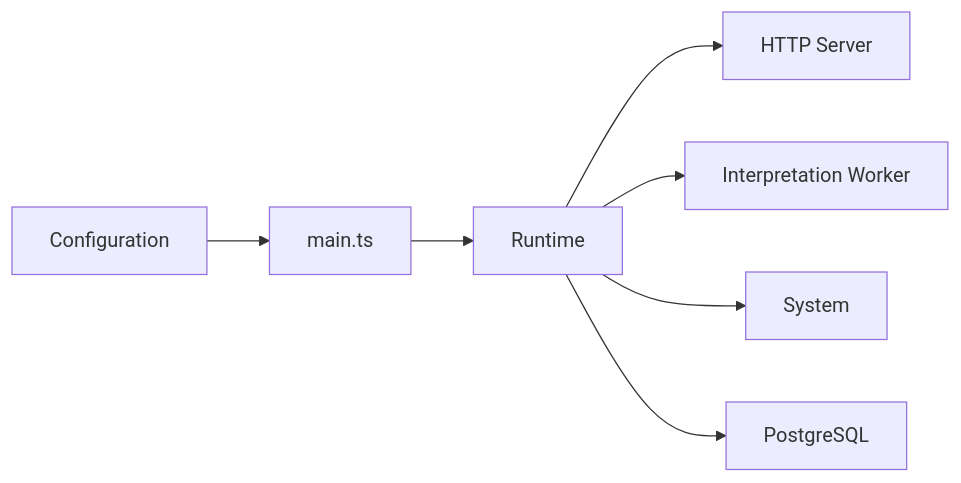
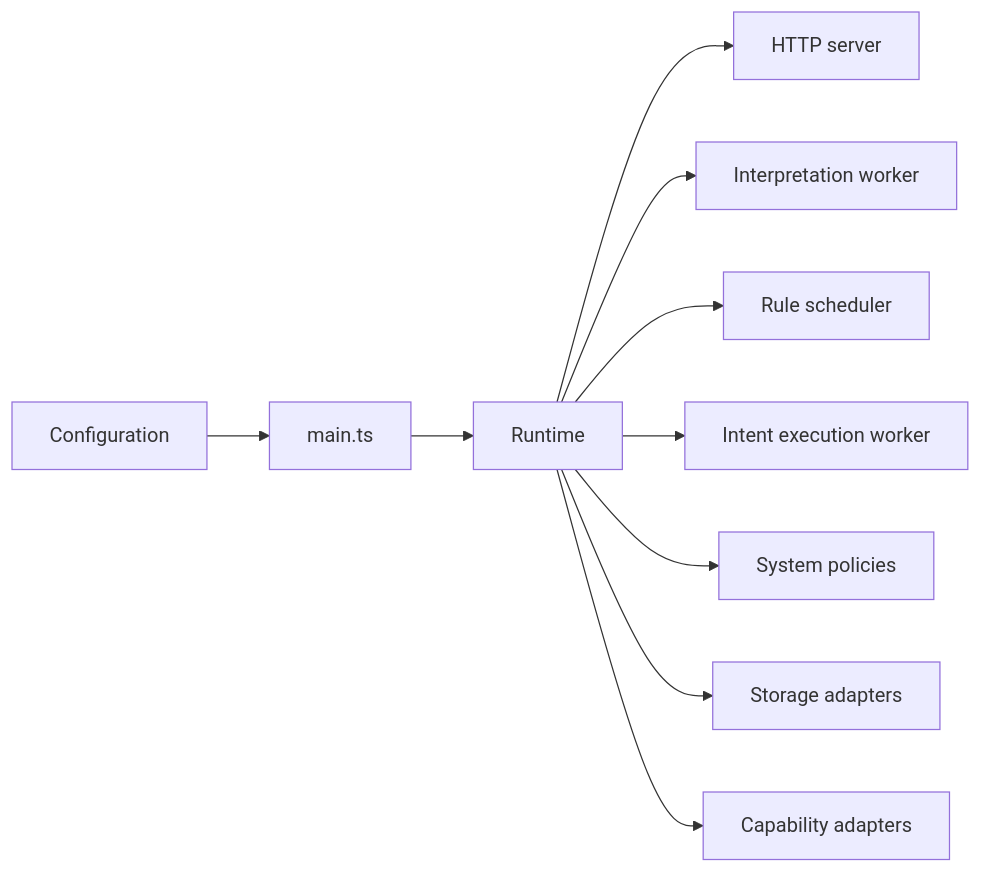
Before and after one commit to itmarck/wingman: the ninth of 9 diagrams in docs/flows.md, drawn with Mermaid. The commit also changed other lines of this file and 1 other file, not shown here.

Commit message:
docs: update flows and main diagram

````diff
--- a/docs/flows.md
+++ b/docs/flows.md
@@ -139,17 +155,12 @@
 ```mermaid
 flowchart LR
-    Config[Configuration]
-    Main[main.ts]
-    Runtime[Runtime]
-    Server[HTTP Server]
-    Worker[Interpretation Worker]
-    System[System]
-    Database[PostgreSQL]
-
-    Config --> Main
-    Main --> Runtime
-    Runtime --> Server
-    Runtime --> Worker
-    Runtime --> System
-    Runtime --> Database
+    Config[Configuration] --> Main[main.ts]
+    Main --> Runtime[Runtime]
+    Runtime --> API[HTTP server]
+    Runtime --> Interpretation[Interpretation worker]
+    Runtime --> Scheduler[Rule scheduler]
+    Runtime --> Execution[Intent execution worker]
+    Runtime --> System[System policies]
+    Runtime --> Storage[Storage adapters]
+    Runtime --> Connectors[Capability adapters]
 ```
````
